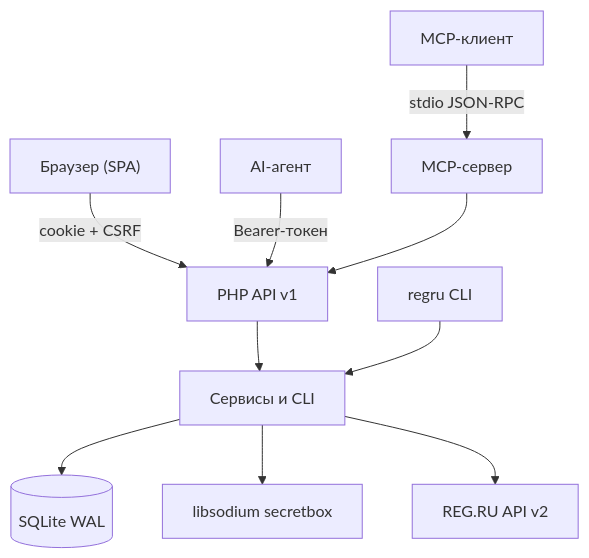
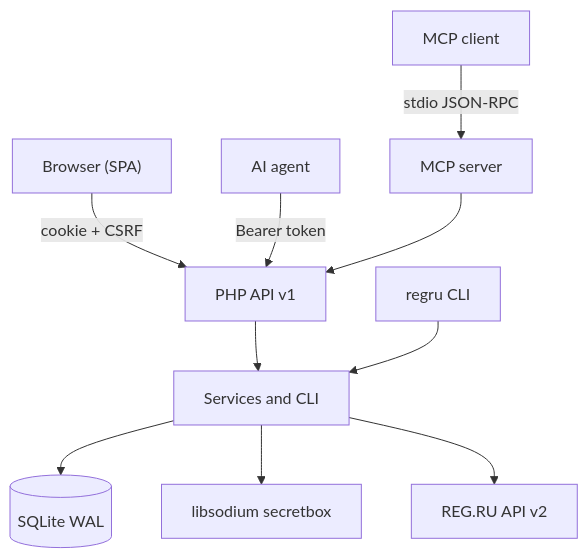
Before and after one commit to paulmann/regru-control: the diagram in README.md, drawn with Mermaid. The commit also changed other lines of this file and 5 other files, not shown here.

````diff
--- a/README.md
+++ b/README.md
@@ -116,12 +119,12 @@
 ```mermaid
 flowchart TB
-  U["Браузер (SPA)"] -->|"cookie + CSRF"| API["PHP API v1"]
-  A["AI-агент"] -->|"Bearer-токен"| API
-  M["MCP-клиент"] -->|"stdio JSON-RPC"| S["MCP-сервер"]
+  U["Browser (SPA)"] -->|"cookie + CSRF"| API["PHP API v1"]
+  A["AI agent"] -->|"Bearer token"| API
+  M["MCP client"] -->|"stdio JSON-RPC"| S["MCP server"]
   S --> API
-  API --> SVC["Сервисы и CLI"]
+  API --> SVC["Services and CLI"]
   SVC --> DB[("SQLite WAL")]
   SVC --> ENC["libsodium secretbox"]
   SVC --> RR["REG.RU API v2"]
   CLI["regru CLI"] --> SVC
 ```
````
